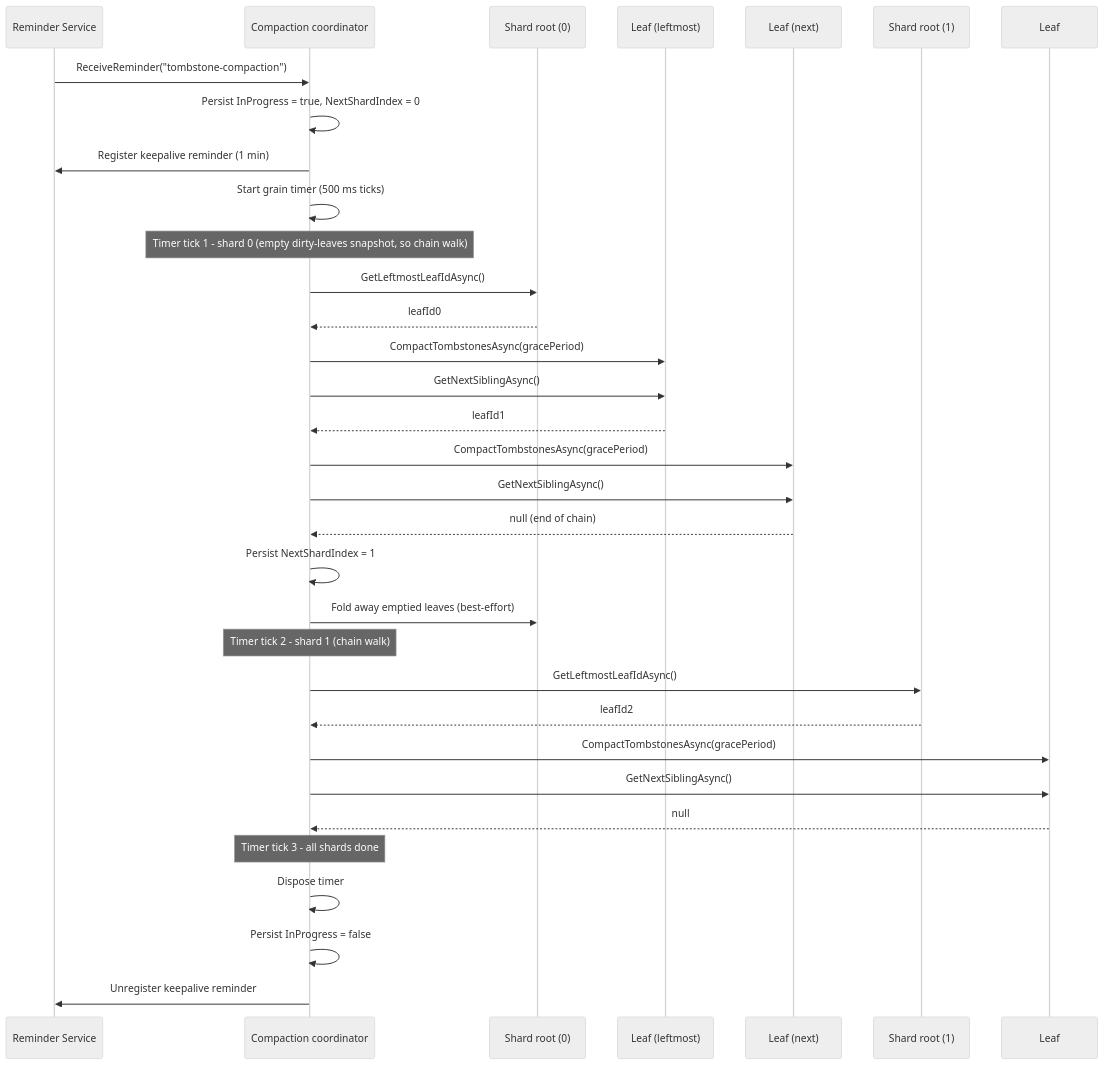
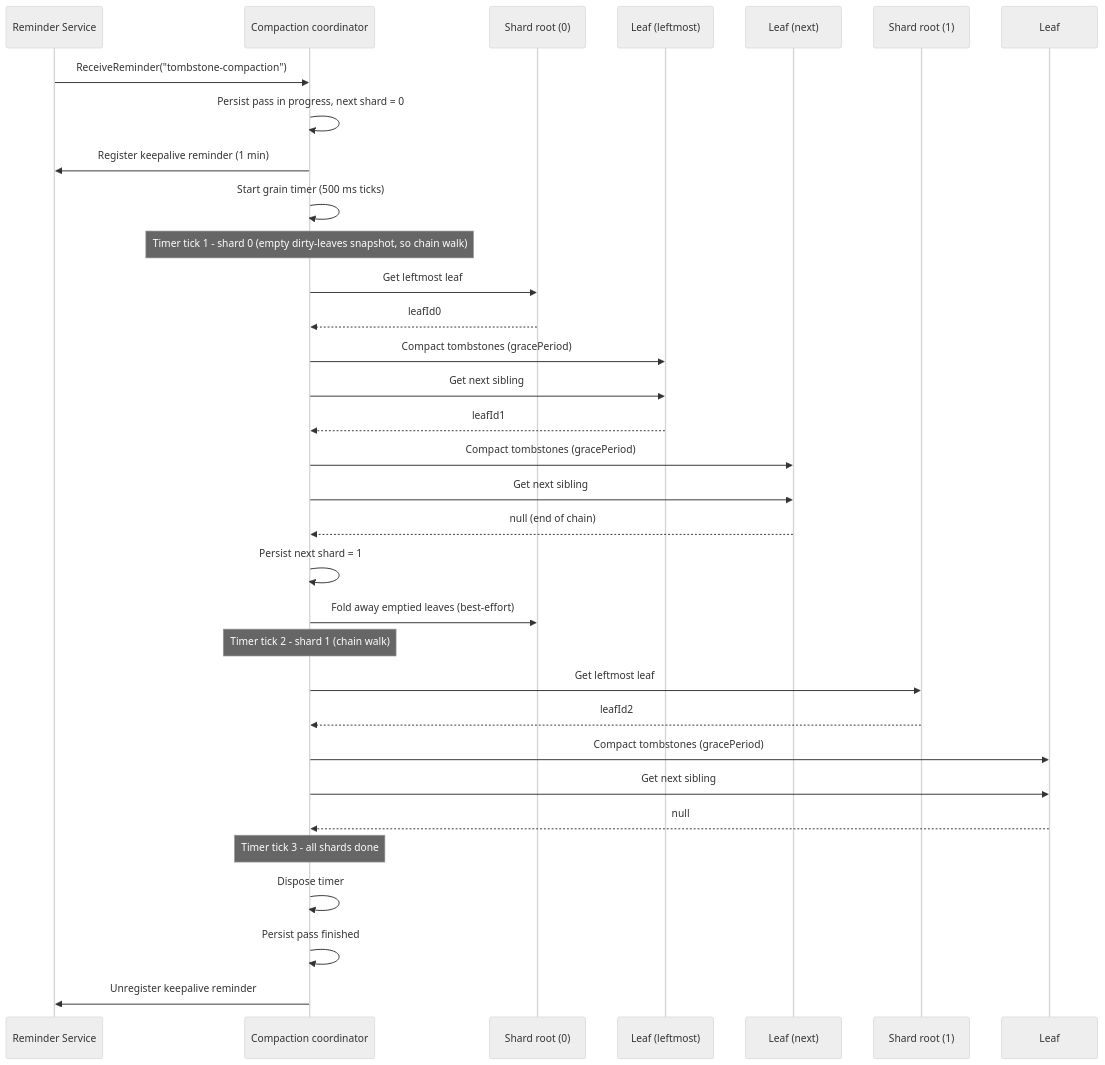
One commit to NSTA1/Orleans.Lattice changed the diagram in docs/lattice/tombstone-compaction.md. Above: the diagram before and after it, drawn with Mermaid (neutral theme). The commit also changed other lines of this file and 394 other files, not shown here.

````diff
--- a/docs/lattice/tombstone-compaction.md
+++ b/docs/lattice/tombstone-compaction.md
@@ -34,39 +34,39 @@
 ```mermaid
 sequenceDiagram
     participant R as Reminder Service
     participant C as Compaction coordinator
     participant S0 as Shard root (0)
     participant L0 as Leaf (leftmost)
     participant L1 as Leaf (next)
     participant S1 as Shard root (1)
     participant L2 as Leaf
 
     R->>C: ReceiveReminder("tombstone-compaction")
-    C->>C: Persist InProgress = true, NextShardIndex = 0
+    C->>C: Persist pass in progress, next shard = 0
     C->>R: Register keepalive reminder (1 min)
     C->>C: Start grain timer (500 ms ticks)
 
     Note over C: Timer tick 1 - shard 0 (empty dirty-leaves snapshot, so chain walk)
-    C->>S0: GetLeftmostLeafIdAsync()
+    C->>S0: Get leftmost leaf
     S0-->>C: leafId0
-    C->>L0: CompactTombstonesAsync(gracePeriod)
-    C->>L0: GetNextSiblingAsync()
+    C->>L0: Compact tombstones (gracePeriod)
+    C->>L0: Get next sibling
     L0-->>C: leafId1
-    C->>L1: CompactTombstonesAsync(gracePeriod)
-    C->>L1: GetNextSiblingAsync()
+    C->>L1: Compact tombstones (gracePeriod)
+    C->>L1: Get next sibling
     L1-->>C: null (end of chain)
-    C->>C: Persist NextShardIndex = 1
+    C->>C: Persist next shard = 1
     C->>S0: Fold away emptied leaves (best-effort)
 
     Note over C: Timer tick 2 - shard 1 (chain walk)
-    C->>S1: GetLeftmostLeafIdAsync()
+    C->>S1: Get leftmost leaf
     S1-->>C: leafId2
-    C->>L2: CompactTombstonesAsync(gracePeriod)
-    C->>L2: GetNextSiblingAsync()
+    C->>L2: Compact tombstones (gracePeriod)
+    C->>L2: Get next sibling
     L2-->>C: null
 
     Note over C: Timer tick 3 - all shards done
     C->>C: Dispose timer
-    C->>C: Persist InProgress = false
+    C->>C: Persist pass finished
     C->>R: Unregister keepalive reminder
 ```
````
